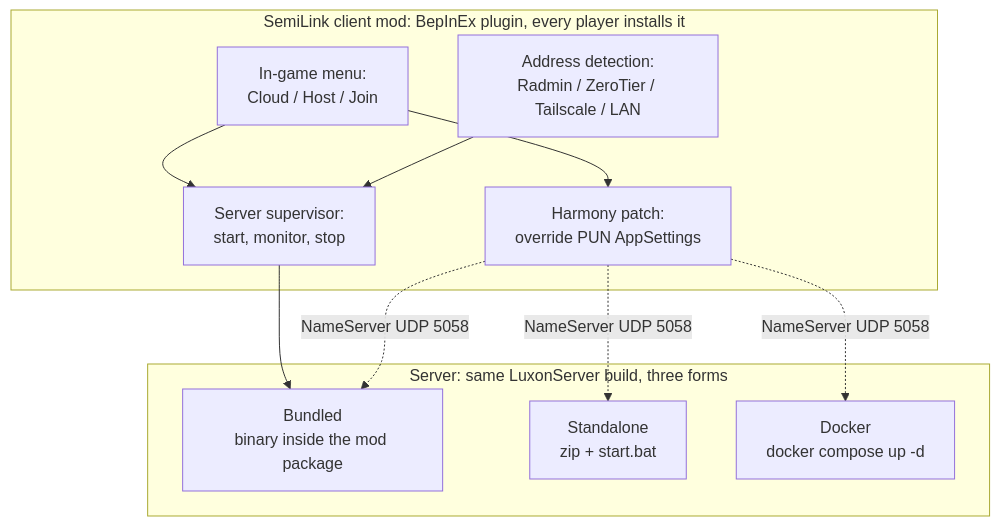
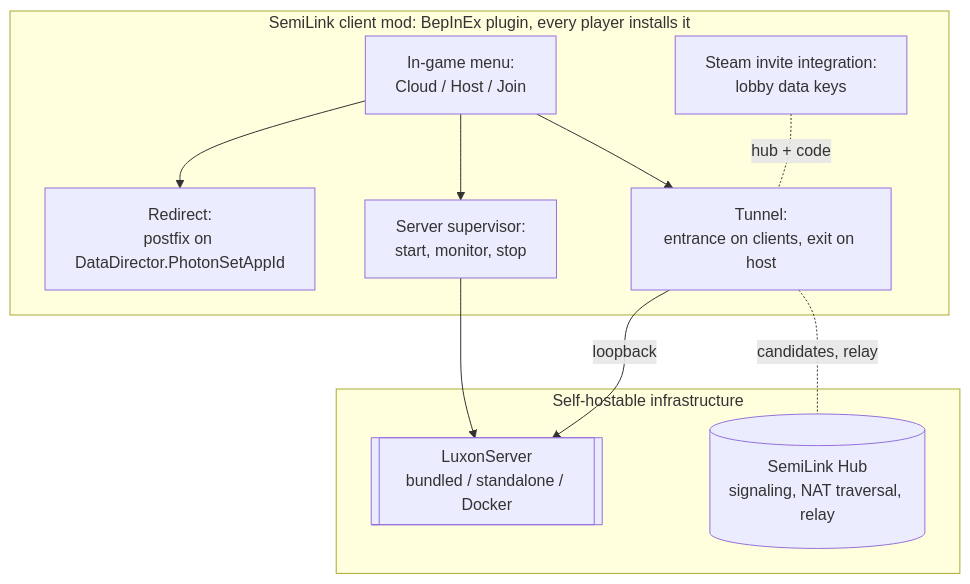
One commit to haulnet/haulnet-repo changed the third of 4 diagrams in docs/architecture.md. Above: the diagram before and after it, drawn with Mermaid. The commit also changed other lines of this file and 11 other files, not shown here.

````diff
--- a/docs/architecture.md
+++ b/docs/architecture.md
@@ -33,18 +35,20 @@
 ```mermaid
 flowchart TB
     subgraph mod[SemiLink client mod: BepInEx plugin, every player installs it]
         UI[In-game menu:<br/>Cloud / Host / Join]
-        PATCH[Harmony patch:<br/>override PUN AppSettings]
+        PATCH[Redirect:<br/>postfix on DataDirector.PhotonSetAppId]
+        TUN[Tunnel:<br/>entrance on clients, exit on host]
         LAUNCH[Server supervisor:<br/>start, monitor, stop]
-        ADDR[Address detection:<br/>Radmin / ZeroTier / Tailscale / LAN]
+        INV[Steam invite integration:<br/>lobby data keys]
     end
-    subgraph srv[Server: same LuxonServer build, three forms]
-        E[Bundled<br/>binary inside the mod package]
-        W[Standalone<br/>zip + start.bat]
-        D[Docker<br/>docker compose up -d]
+    subgraph infra[Self-hostable infrastructure]
+        L[[LuxonServer<br/>bundled / standalone / Docker]]
+        HUB[(SemiLink Hub<br/>signaling, NAT traversal, relay)]
     end
     UI --> PATCH
-    UI --> LAUNCH --> E
-    ADDR --> LAUNCH
-    PATCH -. NameServer UDP 5058 .-> E & W & D
+    UI --> LAUNCH --> L
+    UI --> TUN
+    TUN -. candidates, relay .- HUB
+    TUN -- loopback --> L
+    INV -. hub + code .- TUN
 ```
````
